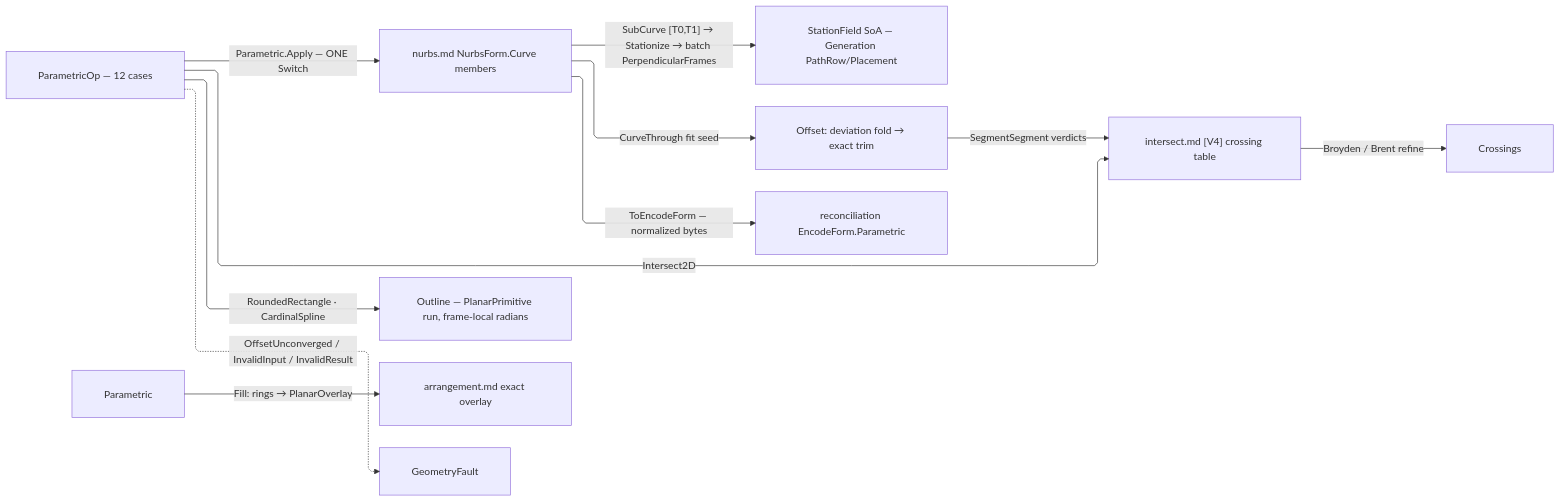
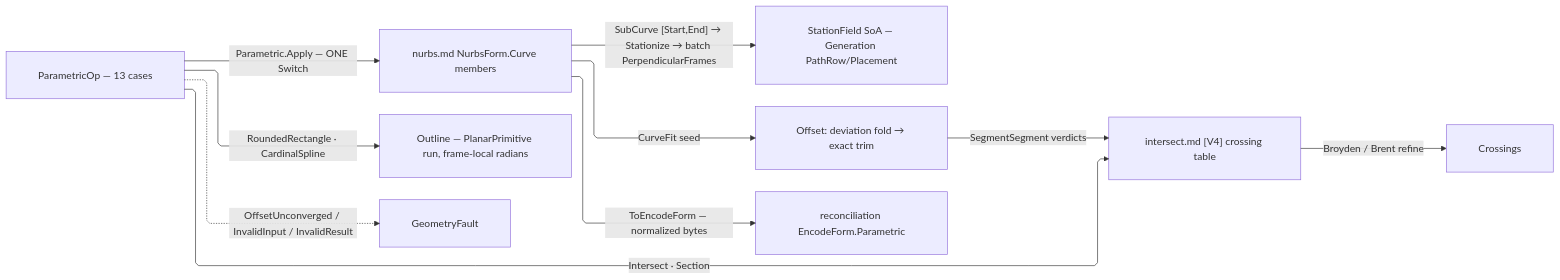
Before and after one commit to bsamiee/Rasm: the diagram in libs/dotnet/Rasm/.planning/Parametric/curve.md, drawn with Mermaid. The commit also changed other lines of this file and 47 other files, not shown here.

First line of the commit message:
spec: drain the Parametric audits — collapse wrappers, seat generated owners, land FP/ROP admission across nurbs, curve, surface, locate, projections, patternmap, subdivide, develop, panelize

````diff
--- a/libs/dotnet/Rasm/.planning/Parametric/curve.md
+++ b/libs/dotnet/Rasm/.planning/Parametric/curve.md
@@ -316,22 +311,21 @@
 ```mermaid
 ---
 config:
   layout: elk
   flowchart:
     curve: linear
     padding: 25
 ---
 flowchart LR
     accTitle: Parametric curve dispatch
-    accDescr: Curve operations compose the vendored engine, exact crossing table, arrangement owner, and identity projection.
-    Op["ParametricOp — 12 cases"] -->|"Parametric.Apply — ONE Switch"| Engine["nurbs.md NurbsForm.Curve members"]
+    accDescr: Curve operations compose the vendored engine, exact crossing table, and identity projection.
+    Op["ParametricOp — 13 cases"] -->|"Parametric.Apply — ONE Switch"| Engine["nurbs.md NurbsForm.Curve members"]
     Op -->|"RoundedRectangle · CardinalSpline"| Outline["Outline — PlanarPrimitive run, frame-local radians"]
-    Engine -->|"SubCurve [T0,T1] → Stationize → batch PerpendicularFrames"| Wire["StationField SoA — Generation PathRow/Placement"]
-    Engine -->|"CurveThrough fit seed"| Offset["Offset: deviation fold → exact trim"]
+    Engine -->|"SubCurve [Start,End] → Stationize → batch PerpendicularFrames"| Wire["StationField SoA — Generation PathRow/Placement"]
+    Engine -->|"CurveFit seed"| Offset["Offset: deviation fold → exact trim"]
     Offset -->|"SegmentSegment verdicts"| Table["intersect.md [V4] crossing table"]
-    Op -->|"Intersect2D"| Table
+    Op -->|"Intersect · Section"| Table
     Table -->|"Broyden / Brent refine"| Crossings
-    Parametric -->|"Fill: rings → PlanarOverlay"| Arrangement["arrangement.md exact overlay"]
     Engine -->|"ToEncodeForm — normalized bytes"| Identity["reconciliation EncodeForm.Parametric"]
     Op -.->|"OffsetUnconverged / InvalidInput / InvalidResult"| GeometryFault
 ```
````
